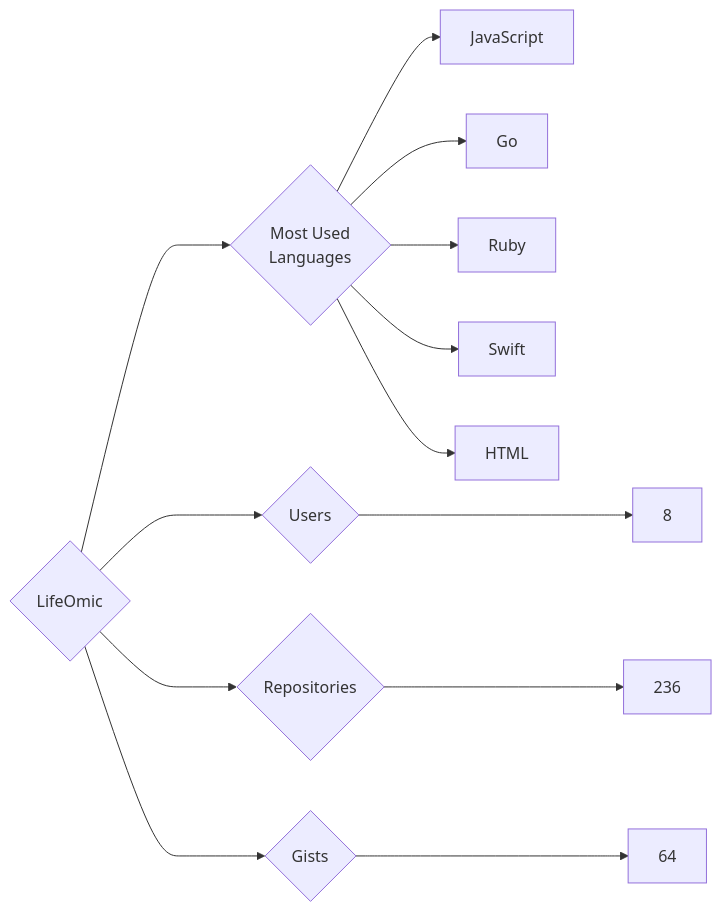
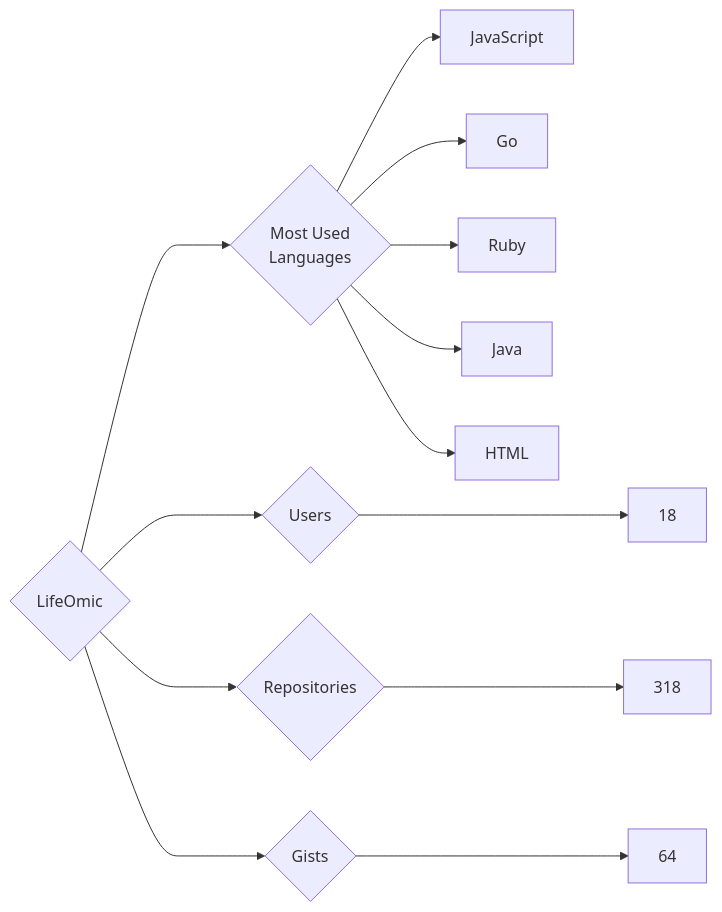
The diagram in targets/LifeOmic/README.md (trickest/insiders), drawn with Mermaid before and after one commit. The commit also changed 874 other files, not shown here.

````diff
--- a/targets/LifeOmic/README.md
+++ b/targets/LifeOmic/README.md
@@ -3,13 +3,13 @@
 ```mermaid
 graph LR
 COMPANY_NAME{LifeOmic}
-COMPANY_NAME ---> U{Users} ---> UN[8]
-COMPANY_NAME ---> R{Repositories} ---> RN[236]
+COMPANY_NAME ---> U{Users} ---> UN[18]
+COMPANY_NAME ---> R{Repositories} ---> RN[318]
 COMPANY_NAME ---> G{Gists} ---> GN[64]
 COMPANY_NAME ---> ML{Most Used<br>Languages}
 ML --> JavaScript[JavaScript]
 ML --> Go[Go]
 ML --> Ruby[Ruby]
-ML --> Swift[Swift]
+ML --> Java[Java]
 ML --> HTML[HTML]
 ```
````
